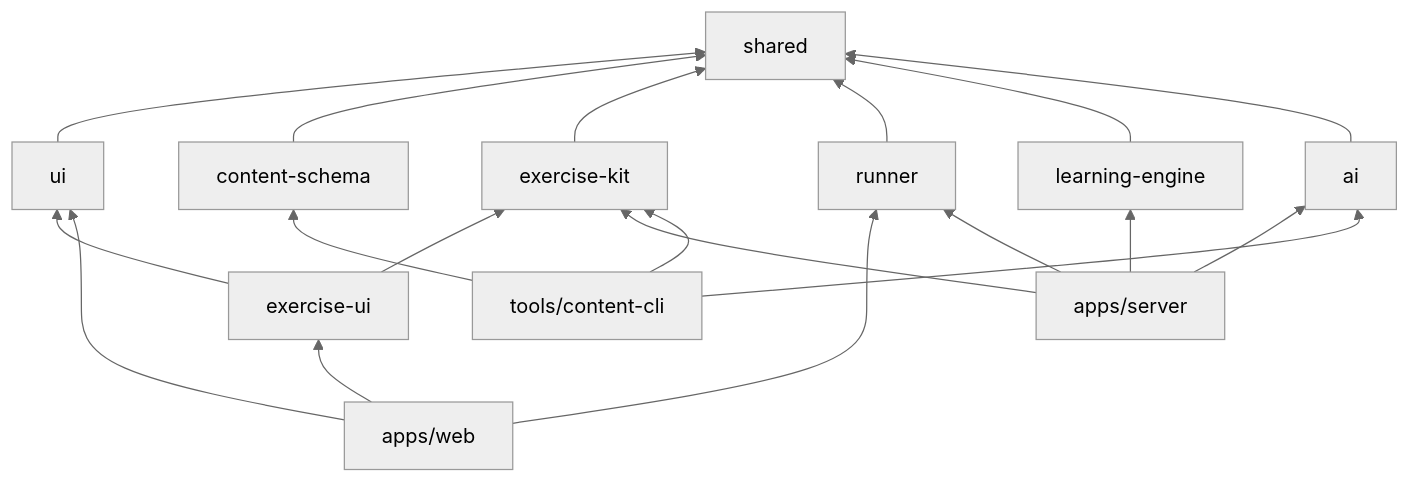
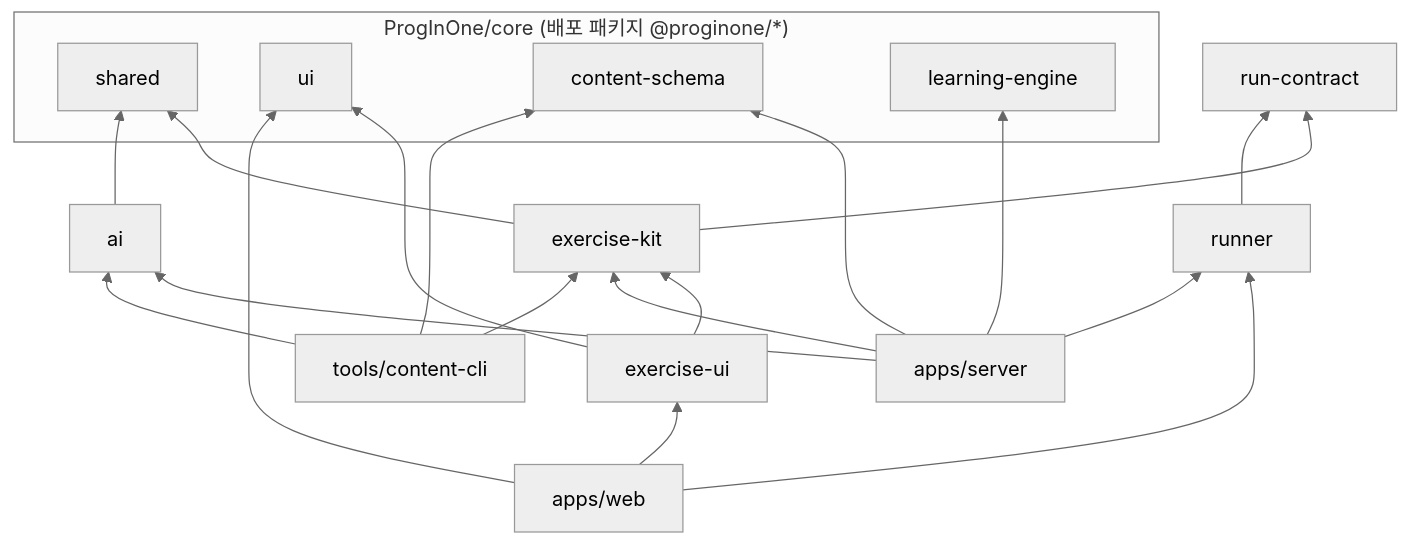
The second of 4 diagrams in docs/design/system-architecture.md (ProgInOne/javascript), drawn with Mermaid (neutral theme) before and after one commit. The commit also changed other lines of this file and 112 other files, not shown here.

First line of the commit message:
refactor: API 계약을 공통 패키지 @proginone/shared로 받아 씀 (#31)

````diff
--- a/docs/design/system-architecture.md
+++ b/docs/design/system-architecture.md
@@ -138,22 +138,27 @@
 ```mermaid
 flowchart BT
-    shared
-    ui --> shared
-    contentschema[content-schema] --> shared
+    subgraph core["ProgInOne/core (배포 패키지 @proginone/*)"]
+        shared
+        ui
+        contentschema[content-schema]
+        engine[learning-engine]
+    end
+    runcontract[run-contract]
     exercisekit[exercise-kit] --> shared
+    exercisekit --> runcontract
     exerciseui[exercise-ui] --> exercisekit
     exerciseui --> ui
-    runner --> shared
-    engine[learning-engine] --> shared
+    runner --> runcontract
     ai --> shared
     web[apps/web] --> ui
     web --> exerciseui
     web --> runner
     server[apps/server] --> runner
     server --> engine
     server --> ai
     server --> exercisekit
+    server --> contentschema
     cli[tools/content-cli] --> contentschema
     cli --> exercisekit
     cli --> ai
 ```
````
